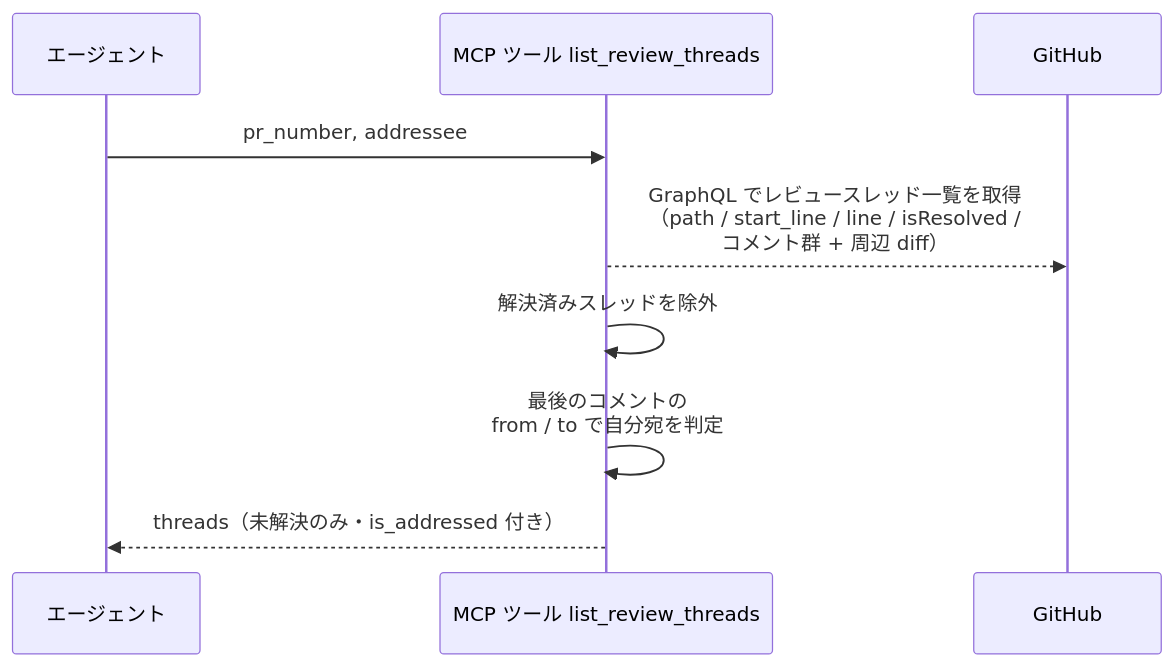
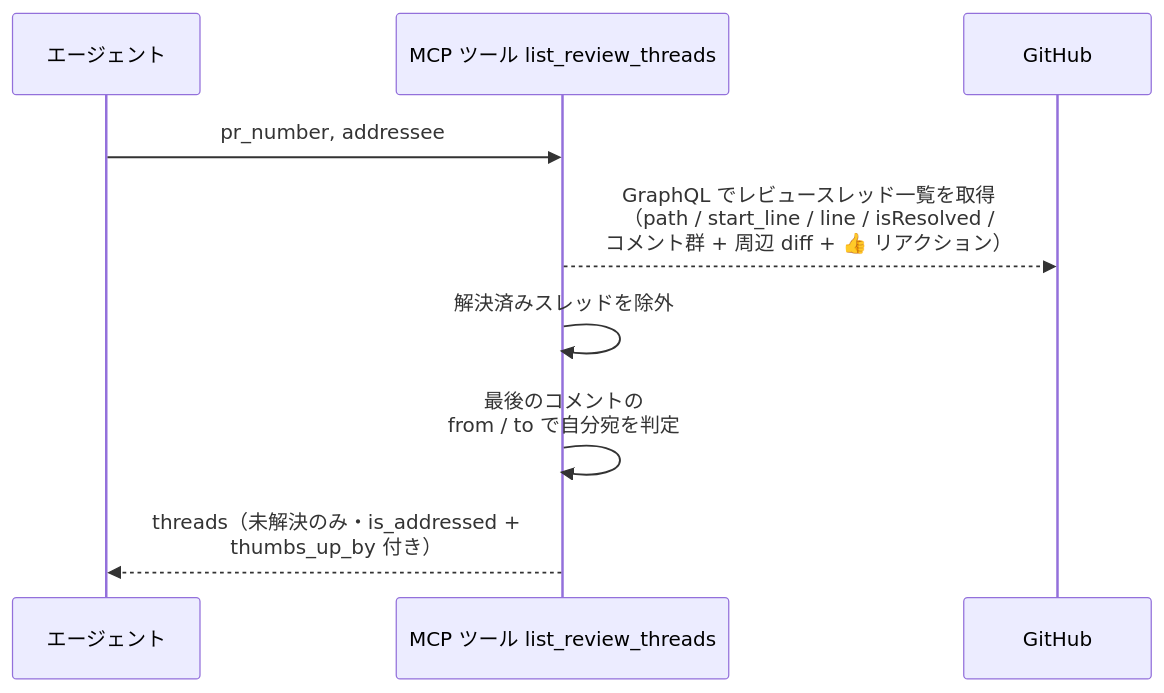
Before and after one commit to shuhei1101/ai-monitor: the first of 3 diagrams in docs/wiki/設計図/インターフェース定義/バックエンド/レビュースレッド一覧.py.md, drawn with Mermaid. The commit also changed other lines of this file and 36 other files, not shown here.

````diff
--- a/docs/wiki/設計図/インターフェース定義/バックエンド/レビュースレッド一覧.py.md
+++ b/docs/wiki/設計図/インターフェース定義/バックエンド/レビュースレッド一覧.py.md
@@ -103,12 +107,12 @@
 ```mermaid
 sequenceDiagram
   participant A as エージェント
   participant T as MCP ツール list_review_threads
   participant GH as GitHub
 
   A->>T: pr_number, addressee
-  T-->>GH: GraphQL でレビュースレッド一覧を取得<br>（path / start_line / line / isResolved /<br>コメント群 + 周辺 diff）
+  T-->>GH: GraphQL でレビュースレッド一覧を取得<br>（path / start_line / line / isResolved /<br>コメント群 + 周辺 diff + 👍 リアクション）
   T->>T: 解決済みスレッドを除外
   T->>T: 最後のコメントの<br>from / to で自分宛を判定
-  T-->>A: threads（未解決のみ・is_addressed 付き）
+  T-->>A: threads（未解決のみ・is_addressed +<br>thumbs_up_by 付き）
 ```
````
